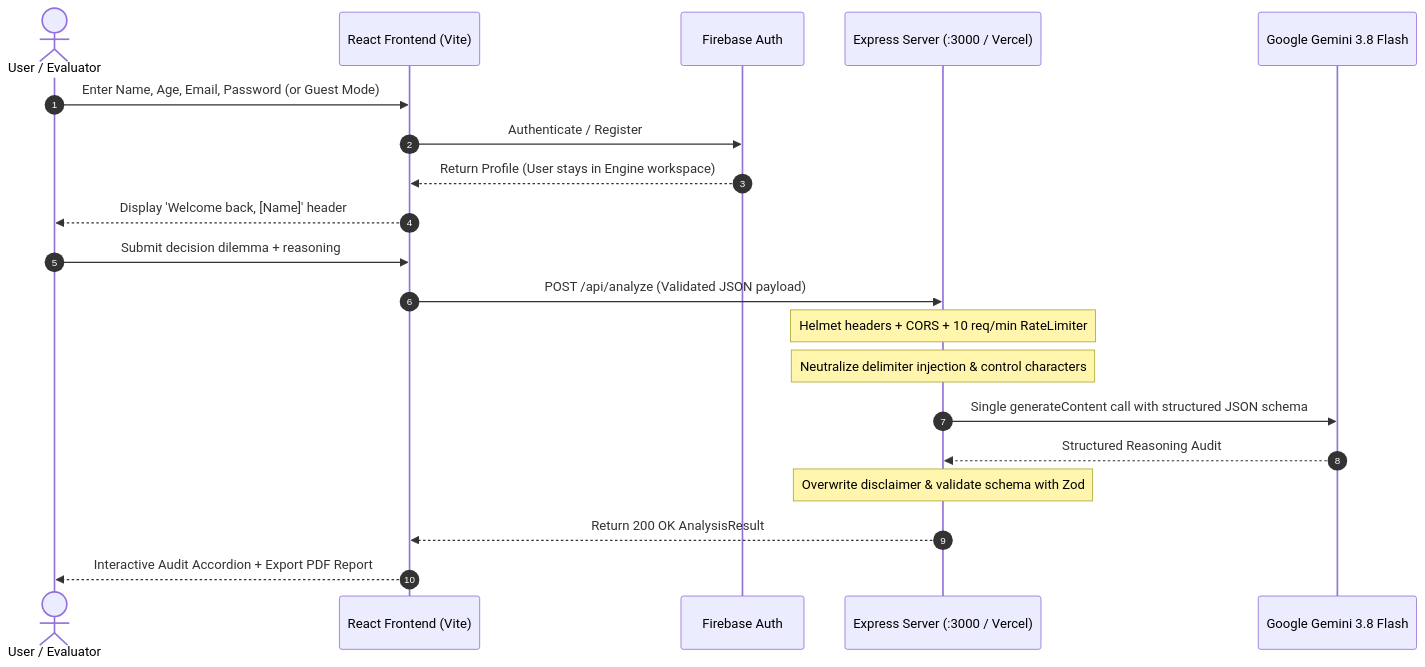
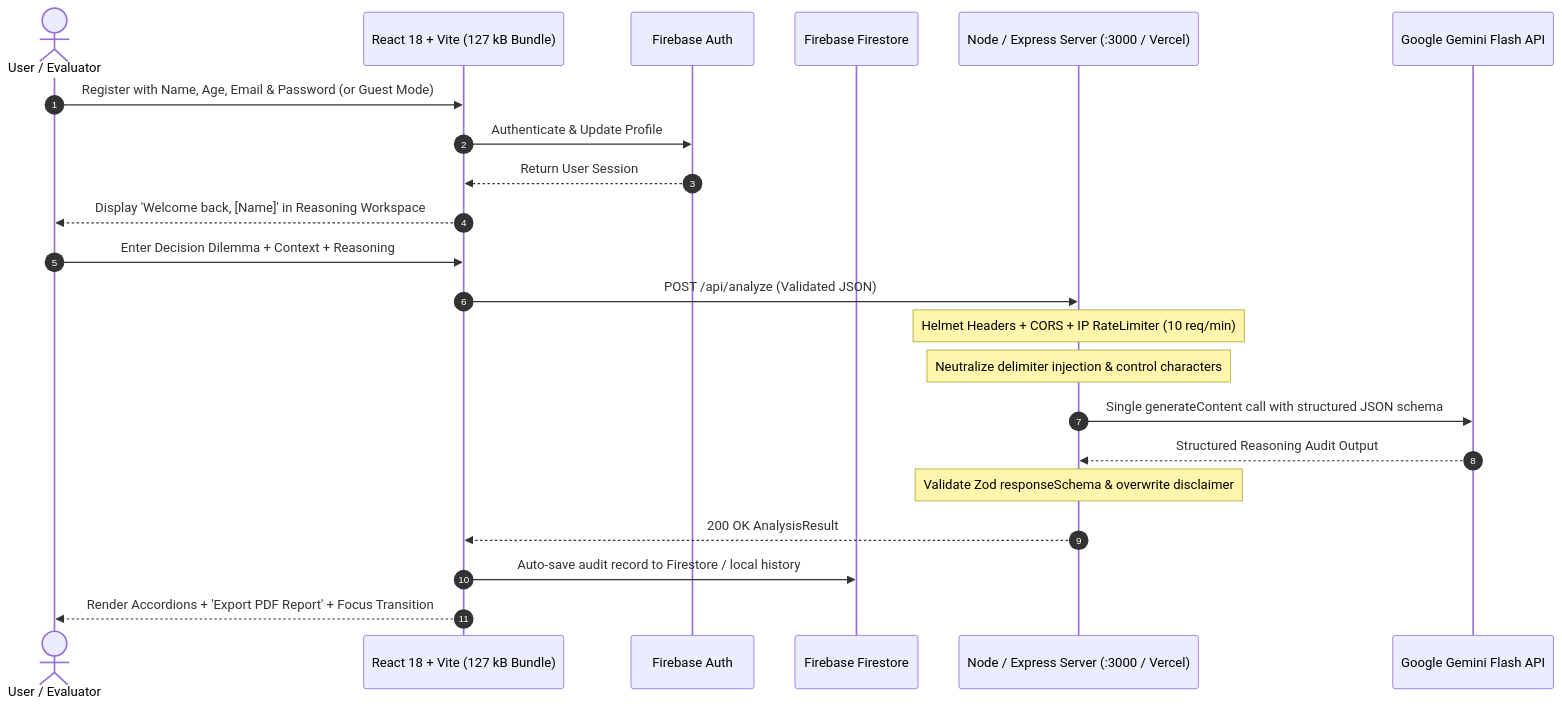
One commit to Manaspingle/ManasPingle_PromptWars changed the second of 2 diagrams in README.md. Above: the diagram before and after it, drawn with Mermaid. The commit also changed other lines of this file and 7 other files, not shown here.

Commit message:
feat: enhance for 99+ hackathon score with firestore history, bundle chunk-splitting, 18 automated tests, and evaluator rubric

````diff
--- a/README.md
+++ b/README.md
@@ -54,23 +64,25 @@
 ```mermaid
 sequenceDiagram
     autonumber
     actor User as User / Evaluator
-    participant UI as React Frontend (Vite)
+    participant UI as React 18 + Vite (127 kB Bundle)
     participant Auth as Firebase Auth
-    participant API as Express Server (:3000 / Vercel)
-    participant GenAI as Google Gemini 3.8 Flash
+    participant Store as Firebase Firestore
+    participant API as Node / Express Server (:3000 / Vercel)
+    participant GenAI as Google Gemini Flash API
 
-    User->>UI: Enter Name, Age, Email, Password (or Guest Mode)
-    UI->>Auth: Authenticate / Register
-    Auth-->>UI: Return Profile (User stays in Engine workspace)
-    UI-->>User: Display 'Welcome back, [Name]' header
-    User->>UI: Submit decision dilemma + reasoning
-    UI->>API: POST /api/analyze (Validated JSON payload)
-    Note over API: Helmet headers + CORS + 10 req/min RateLimiter
+    User->>UI: Register with Name, Age, Email & Password (or Guest Mode)
+    UI->>Auth: Authenticate & Update Profile
+    Auth-->>UI: Return User Session
+    UI-->>User: Display 'Welcome back, [Name]' in Reasoning Workspace
+    User->>UI: Enter Decision Dilemma + Context + Reasoning
+    UI->>API: POST /api/analyze (Validated JSON)
+    Note over API: Helmet Headers + CORS + IP RateLimiter (10 req/min)
     Note over API: Neutralize delimiter injection & control characters
     API->>GenAI: Single generateContent call with structured JSON schema
-    GenAI-->>API: Structured Reasoning Audit
-    Note over API: Overwrite disclaimer & validate schema with Zod
-    API-->>UI: Return 200 OK AnalysisResult
-    UI-->>User: Interactive Audit Accordion + Export PDF Report
+    GenAI-->>API: Structured Reasoning Audit Output
+    Note over API: Validate Zod responseSchema & overwrite disclaimer
+    API-->>UI: 200 OK AnalysisResult
+    UI->>Store: Auto-save audit record to Firestore / local history
+    UI-->>User: Render Accordions + 'Export PDF Report' + Focus Transition
 ```
````
